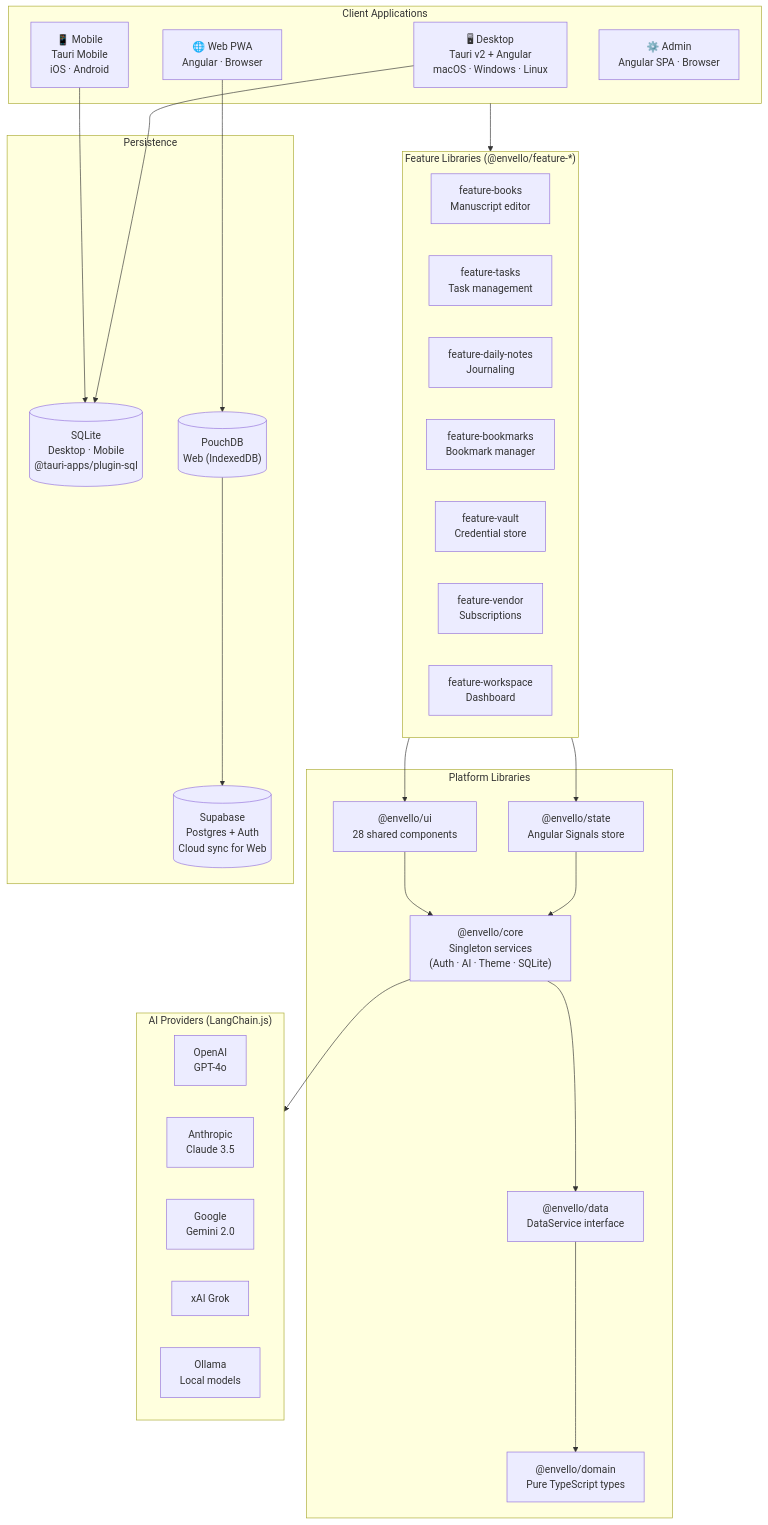
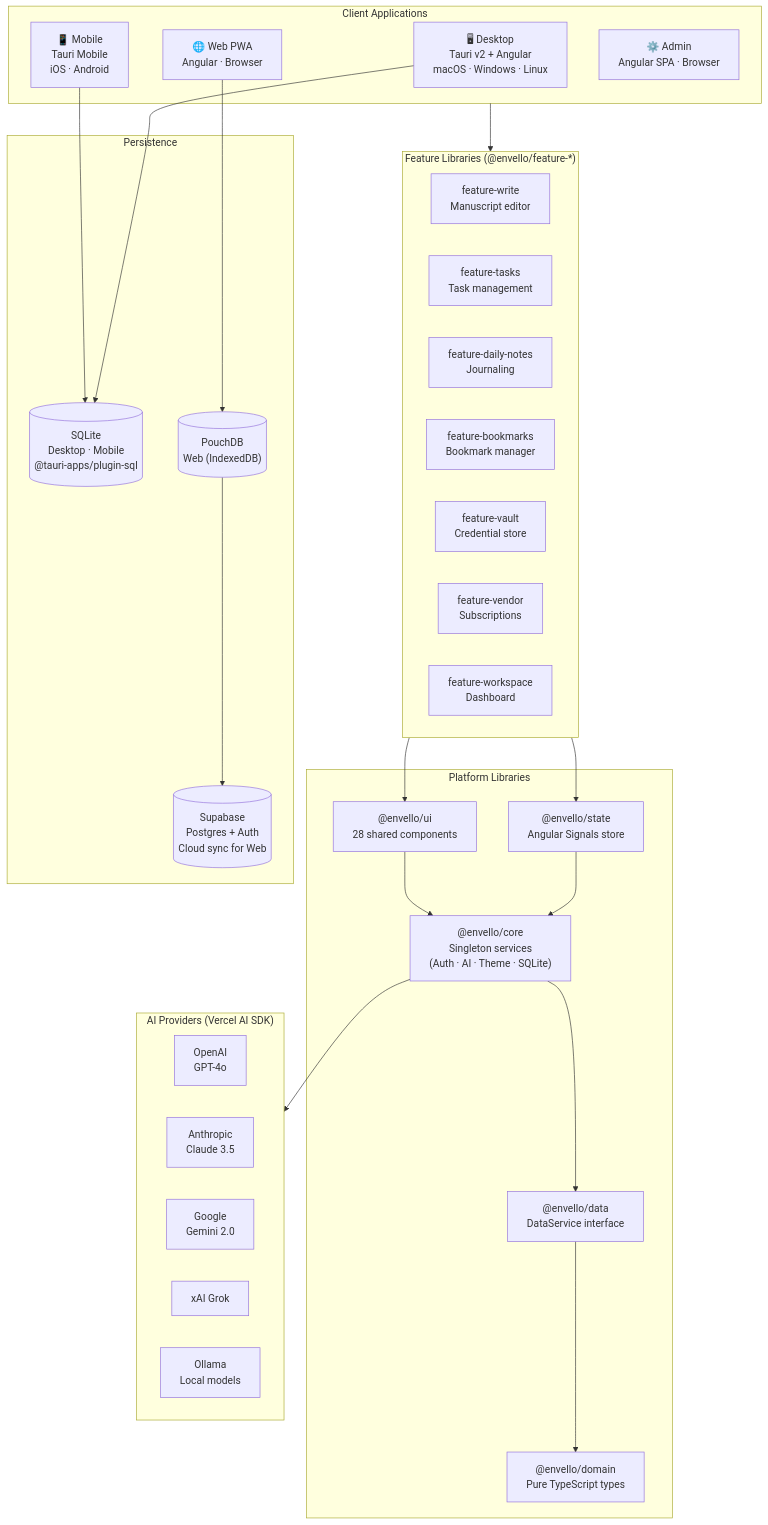
One commit to subhrajitm/envello-app changed the first of 3 diagrams in README.md. Above: the diagram before and after it, drawn with Mermaid. The commit also changed other lines of this file and 1 other file, not shown here.

````diff
--- a/README.md
+++ b/README.md
@@ -11,53 +11,53 @@
 ```mermaid
 graph TB
     subgraph Apps["Client Applications"]
         D["🖥 Desktop\nTauri v2 + Angular\nmacOS · Windows · Linux"]
         W["🌐 Web PWA\nAngular · Browser"]
         M["📱 Mobile\nTauri Mobile\niOS · Android"]
         A["⚙️ Admin\nAngular SPA · Browser"]
     end
 
     subgraph Features["Feature Libraries  (@envello/feature-*)"]
         direction LR
-        FB[feature-books\nManuscript editor]
+        FWR[feature-write\nManuscript editor]
         FT[feature-tasks\nTask management]
         FN[feature-daily-notes\nJournaling]
         FK[feature-bookmarks\nBookmark manager]
         FV[feature-vault\nCredential store]
         FVN[feature-vendor\nSubscriptions]
         FW[feature-workspace\nDashboard]
     end
 
     subgraph Platform["Platform Libraries"]
         UI["@envello/ui\n28 shared components"]
         STATE["@envello/state\nAngular Signals store"]
         CORE["@envello/core\nSingleton services\n(Auth · AI · Theme · SQLite)"]
         DATA["@envello/data\nDataService interface"]
         DOMAIN["@envello/domain\nPure TypeScript types"]
     end
 
     subgraph Persistence["Persistence"]
         SQLITE[("SQLite\nDesktop · Mobile\n@tauri-apps/plugin-sql")]
         POUCHDB[("PouchDB\nWeb (IndexedDB)")]
         SUPABASE[("Supabase\nPostgres + Auth\nCloud sync for Web")]
     end
 
-    subgraph AI["AI Providers  (LangChain.js)"]
+    subgraph AI["AI Providers  (Vercel AI SDK)"]
         direction LR
         OAI[OpenAI\nGPT-4o]
         ANT[Anthropic\nClaude 3.5]
         GEM[Google\nGemini 2.0]
         XAI[xAI Grok]
         OLL[Ollama\nLocal models]
     end
 
     Apps --> Features
     Features --> UI & STATE
     STATE & UI --> CORE
     CORE --> DATA
     DATA --> DOMAIN
 
     D & M --> SQLITE
     W --> POUCHDB --> SUPABASE
     CORE --> AI
 ```
````
